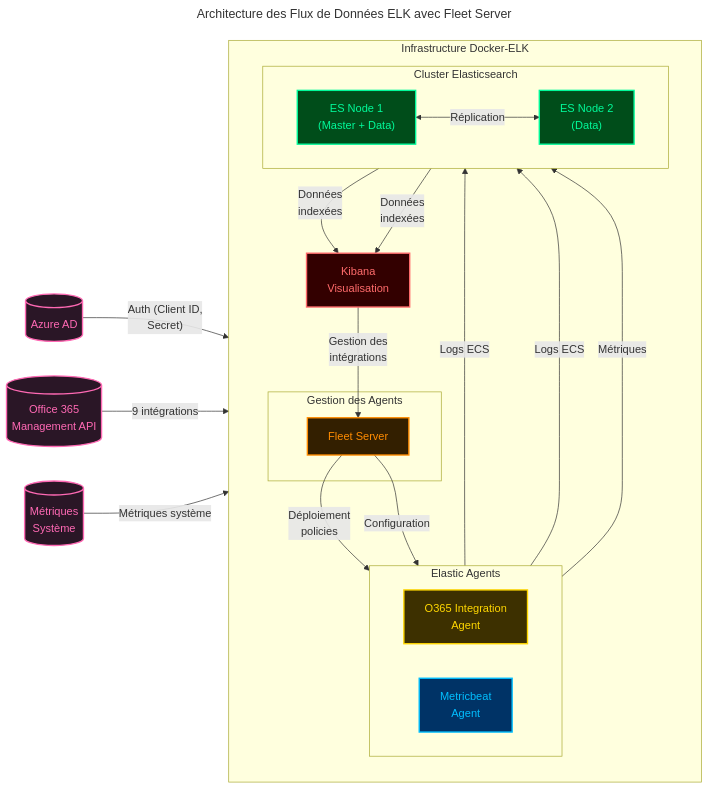
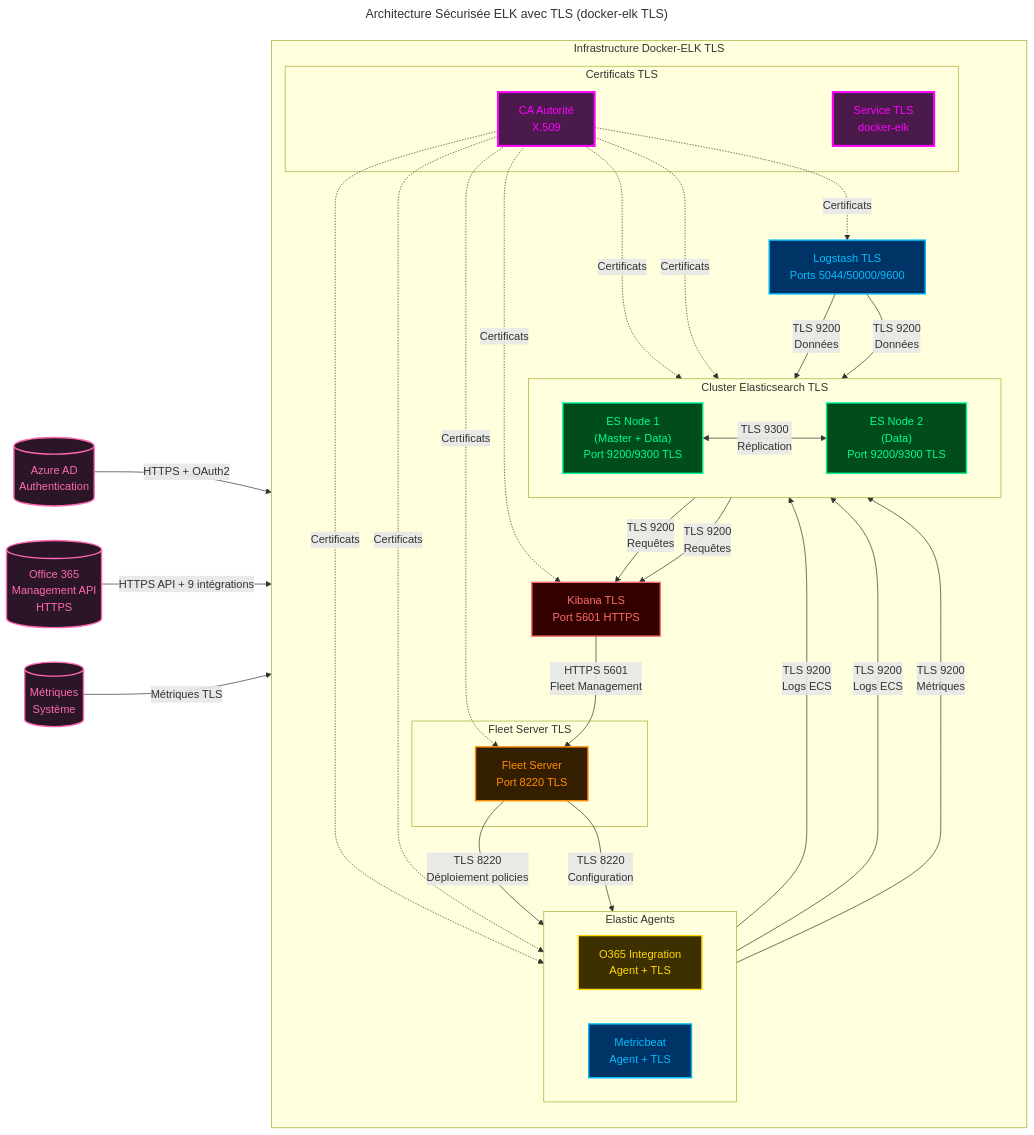
One commit to n-drobyshevski/gt-elk changed the diagram in 01-architecture/infrastructure_diagrams/data_flow_mermaid.mmd. Above: the diagram before and after it, drawn with Mermaid. The commit also changed 11 other files, not shown here.

Commit message:
feat: Enhance documentation for TLS configuration and security setup in ELK stack

```diff
--- a/01-architecture/infrastructure_diagrams/data_flow_mermaid.mmd
+++ b/01-architecture/infrastructure_diagrams/data_flow_mermaid.mmd
@@ -1,60 +1,79 @@
 ---
 id: e6eb6789-46e3-4b84-b845-820131999af8
-title: Architecture des Flux de Données ELK avec Fleet Server
+title: Architecture Sécurisée ELK avec TLS (docker-elk TLS)
 ---
 flowchart LR
-    %% Définition des styles pour thème sombre
+    %% Définition des styles pour thème sombre avec éléments TLS
     classDef source fill:#2a1626,stroke:#ff69b4,stroke-width:2px,color:#ff69b4;
     classDef agent fill:#3d3000,stroke:#ffd700,stroke-width:2px,color:#ffd700;
     classDef fleet fill:#331f00,stroke:#ff8c00,stroke-width:2px,color:#ff8c00;
     classDef storage fill:#004d1a,stroke:#00fa9a,stroke-width:2px,color:#00fa9a;
     classDef monitor fill:#003366,stroke:#00bfff,stroke-width:2px,color:#00bfff;
     classDef visual fill:#330000,stroke:#ff6b6b,stroke-width:2px,color:#ff6b6b;
+    classDef security fill:#4a1a4a,stroke:#ff00ff,stroke-width:3px,color:#ff00ff;
 
     %% Sources de données externes
-    O365[("Office 365<br/>Management API")]:::source
-    Azure[("Azure AD")]:::source
+    O365[("Office 365<br/>Management API<br/>HTTPS")]:::source
+    Azure[("Azure AD<br/>Authentication")]:::source
     SYS[("Métriques<br/>Système")]:::source
 
-    %% Infrastructure Docker-ELK
-    subgraph Docker-ELK["Infrastructure Docker-ELK"]
+    %% Infrastructure Docker-ELK Sécurisée
+    subgraph Docker-ELK["Infrastructure Docker-ELK TLS"]
         direction TB
+        
+        subgraph Certs["Certificats TLS"]
+            CA["CA Autorité<br/>X.509"]:::security
+            TLSService["Service TLS<br/>docker-elk"]:::security
+        end
         
         subgraph Agents["Elastic Agents"]
             direction LR
-            O365Agent["O365 Integration<br/>Agent"]:::agent
-            MB["Metricbeat<br/>Agent"]:::monitor
+            O365Agent["O365 Integration<br/>Agent + TLS"]:::agent
+            MB["Metricbeat<br/>Agent + TLS"]:::monitor
         end
 
-        subgraph Management["Gestion des Agents"]
-            FS["Fleet Server"]:::fleet
+        subgraph Management["Fleet Server TLS"]
+            FS["Fleet Server<br/>Port 8220 TLS"]:::fleet
         end
 
-        subgraph Storage["Cluster Elasticsearch"]
+        subgraph Storage["Cluster Elasticsearch TLS"]
             direction LR
-            ES1["ES Node 1<br/>(Master + Data)"]:::storage
-            ES2["ES Node 2<br/>(Data)"]:::storage
+            ES1["ES Node 1<br/>(Master + Data)<br/>Port 9200/9300 TLS"]:::storage
+            ES2["ES Node 2<br/>(Data)<br/>Port 9200/9300 TLS"]:::storage
         end
 
-        KB["Kibana<br/>Visualisation"]:::visual
+        KB["Kibana TLS<br/>Port 5601 HTTPS"]:::visual
+        LS["Logstash TLS<br/>Ports 5044/50000/9600"]:::monitor
     end
 
-    %% Flux d'authentification
-    Azure -->|"Auth (Client ID,<br/>Secret)"| O365Agent
+    %% Flux d'authentification sécurisé
+    Azure -->|"HTTPS + OAuth2"| O365Agent
     
-    %% Flux de données
-    O365 -->|"9 intégrations"| O365Agent
-    SYS -->|"Métriques système"| MB
+    %% Flux de données sécurisé
+    O365 -->|"HTTPS API + 9 intégrations"| O365Agent
+    SYS -->|"Métriques TLS"| MB
     
-    %% Gestion des agents
-    FS -->|"Déploiement<br/>policies"| O365Agent
-    FS -->|"Configuration"| MB
+    %% Gestion sécurisée des agents
+    CA -.->|"Certificats"| FS
+    CA -.->|"Certificats"| ES1
+    CA -.->|"Certificats"| ES2
+    CA -.->|"Certificats"| KB
+    CA -.->|"Certificats"| LS
+    CA -.->|"Certificats"| O365Agent
+    CA -.->|"Certificats"| MB
     
-    %% Stockage et visualisation
-    O365Agent -->|"Logs ECS"| ES1 & ES2
-    MB -->|"Métriques"| ES1
-    ES1 <-->|"Réplication"| ES2
-    ES1 & ES2 -->|"Données<br/>indexées"| KB
+    FS -->|"TLS 8220<br/>Déploiement policies"| O365Agent
+    FS -->|"TLS 8220<br/>Configuration"| MB
     
-    %% Gestion via Kibana
-    KB -->|"Gestion des<br/>intégrations"| FS
+    %% Stockage et visualisation sécurisé
+    O365Agent -->|"TLS 9200<br/>Logs ECS"| ES1
+    O365Agent -->|"TLS 9200<br/>Logs ECS"| ES2
+    MB -->|"TLS 9200<br/>Métriques"| ES1
+    LS -->|"TLS 9200<br/>Données"| ES1
+    LS -->|"TLS 9200<br/>Données"| ES2
+    ES1 <-->|"TLS 9300<br/>Réplication"| ES2
+    ES1 -->|"TLS 9200<br/>Requêtes"| KB
+    ES2 -->|"TLS 9200<br/>Requêtes"| KB
+    
+    %% Gestion via Kibana sécurisé
+    KB -->|"HTTPS 5601<br/>Fleet Management"| FS
```
